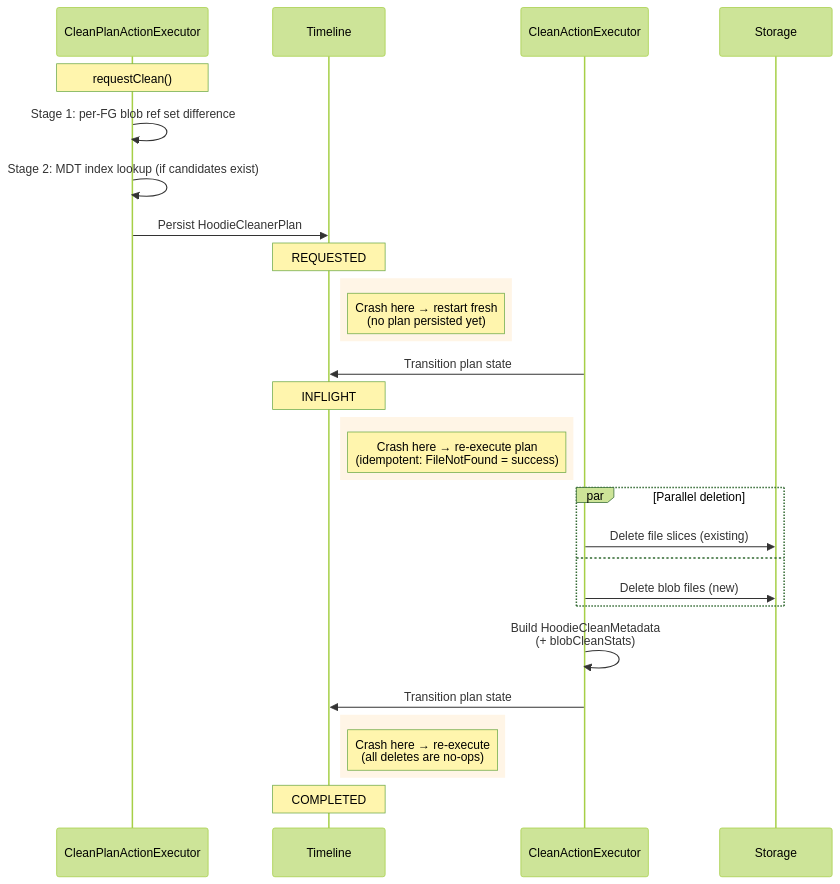
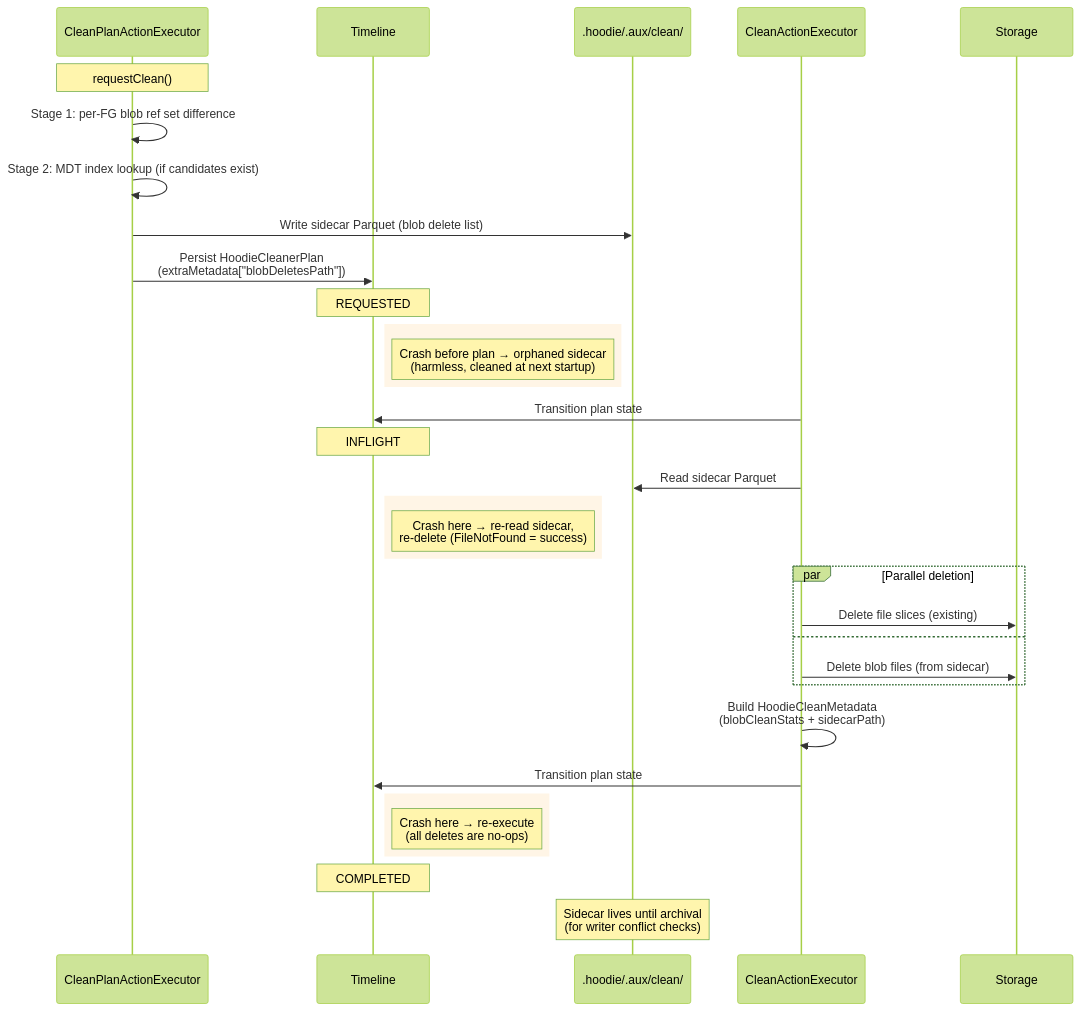
One commit to apache/hudi changed the third of 4 diagrams in rfc/rfc-100/rfc-100-blob-cleaner-design.md. Above: the diagram before and after it, drawn with Mermaid (forest theme). The commit also changed other lines of this file, not shown here.

Commit message:
Update RFC to include sidecar parquet file to contain blob delete files

````diff
--- a/rfc/rfc-100/rfc-100-blob-cleaner-design.md
+++ b/rfc/rfc-100/rfc-100-blob-cleaner-design.md
@@ -376,41 +382,46 @@
 ```mermaid
 sequenceDiagram
     participant P as CleanPlanActionExecutor
     participant TL as Timeline
+    participant AUX as .hoodie/.aux/clean/
     participant E as CleanActionExecutor
     participant S as Storage
 
     Note over P: requestClean()
 
     P->>P: Stage 1: per-FG blob ref set difference
     P->>P: Stage 2: MDT index lookup (if candidates exist)
-    P->>TL: Persist HoodieCleanerPlan
+    P->>AUX: Write sidecar Parquet (blob delete list)
+    P->>TL: Persist HoodieCleanerPlan<br/>(extraMetadata["blobDeletesPath"])
 
     Note over TL: REQUESTED
 
     rect rgb(255, 245, 230)
-        Note right of TL: Crash here → restart fresh<br/>(no plan persisted yet)
+        Note right of TL: Crash before plan → orphaned sidecar<br/>(harmless, cleaned at next startup)
     end
 
     E->>TL: Transition plan state
     Note over TL: INFLIGHT
 
+    E->>AUX: Read sidecar Parquet
+
     rect rgb(255, 245, 230)
-        Note right of TL: Crash here → re-execute plan<br/>(idempotent: FileNotFound = success)
+        Note right of TL: Crash here → re-read sidecar,<br/>re-delete (FileNotFound = success)
     end
 
     par Parallel deletion
         E->>S: Delete file slices (existing)
     and
-        E->>S: Delete blob files (new)
+        E->>S: Delete blob files (from sidecar)
     end
 
-    E->>E: Build HoodieCleanMetadata<br/>(+ blobCleanStats)
+    E->>E: Build HoodieCleanMetadata<br/>(blobCleanStats + sidecarPath)
     E->>TL: Transition plan state
 
     rect rgb(255, 245, 230)
         Note right of TL: Crash here → re-execute<br/>(all deletes are no-ops)
     end
 
     Note over TL: COMPLETED
+    Note over AUX: Sidecar lives until archival<br/>(for writer conflict checks)
 ```
````
